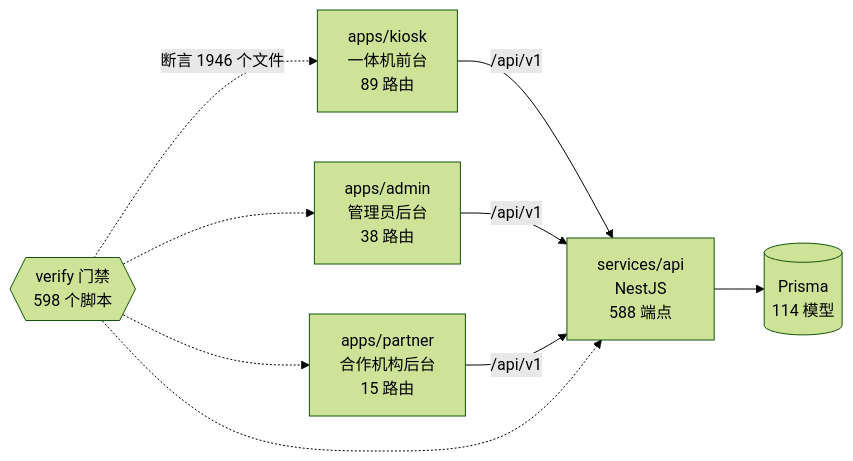
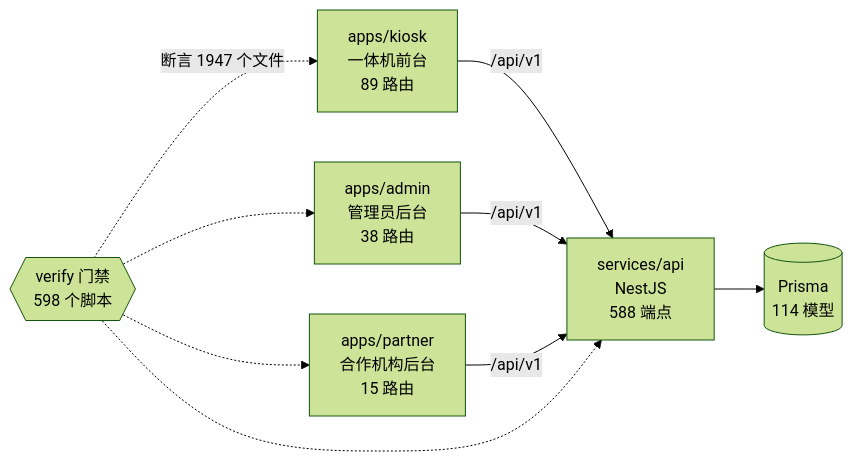
One commit to wanglei581/YITIJI changed the diagram in docs/graph/README.md. Above: the diagram before and after it, drawn with Mermaid (forest theme). The commit also changed other lines of this file and 11 other files, not shown here.

````diff
--- a/docs/graph/README.md
+++ b/docs/graph/README.md
@@ -68,18 +68,18 @@
 ```mermaid
 flowchart LR
   kiosk["apps/kiosk<br/>一体机前台<br/>89 路由"]
   admin["apps/admin<br/>管理员后台<br/>38 路由"]
   partner["apps/partner<br/>合作机构后台<br/>15 路由"]
   api["services/api<br/>NestJS<br/>588 端点"]
   db[("Prisma<br/>114 模型")]
   gates{{"verify 门禁<br/>598 个脚本"}}
 
   kiosk -->|"/api/v1"| api
   admin -->|"/api/v1"| api
   partner -->|"/api/v1"| api
   api --> db
-  gates -.->|"断言 1946 个文件"| kiosk
+  gates -.->|"断言 1947 个文件"| kiosk
   gates -.-> admin
   gates -.-> partner
   gates -.-> api
 ```
````
